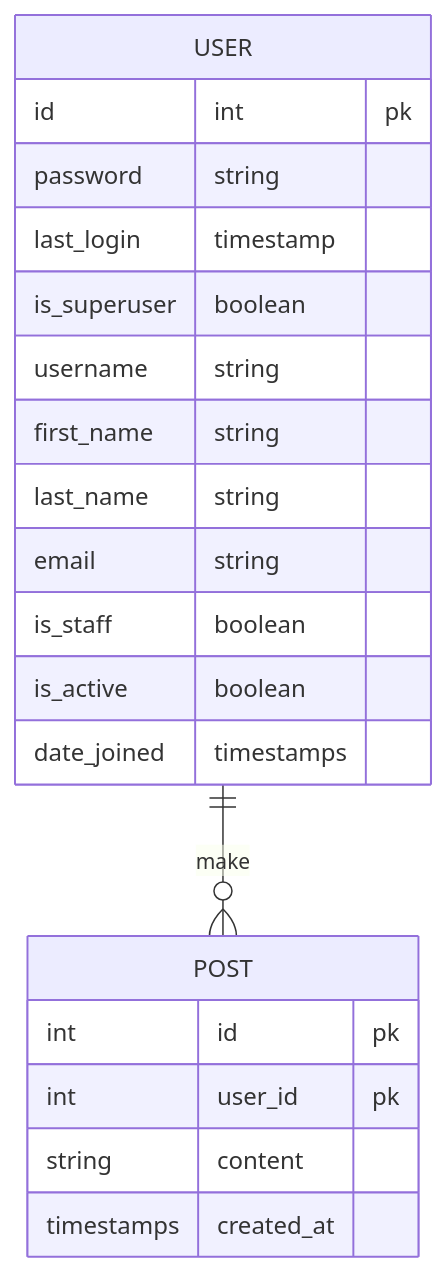
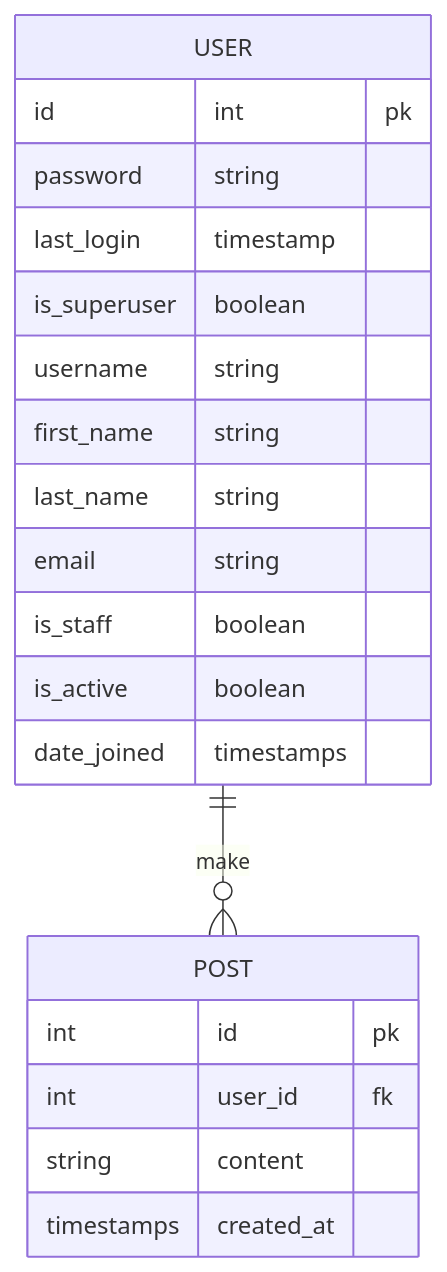
The diagram in README.md (jhonatacaiob/mini_twitter), drawn with Mermaid before and after one commit.

Commit message:
Corrige para indicador no readme

````diff
--- a/README.md
+++ b/README.md
@@ -9,24 +9,24 @@
 ```mermaid
 erDiagram
     USER ||--o{ POST : make
     USER {
         id int pk
         password string
         last_login timestamp
         is_superuser boolean
         username string
         first_name string
         last_name string
         email string
         is_staff boolean
         is_active boolean
         date_joined timestamps
     }
 
     POST {
         int id pk
-        int user_id pk
+        int user_id fk
         string content
         timestamps created_at
     }
 ```
````
